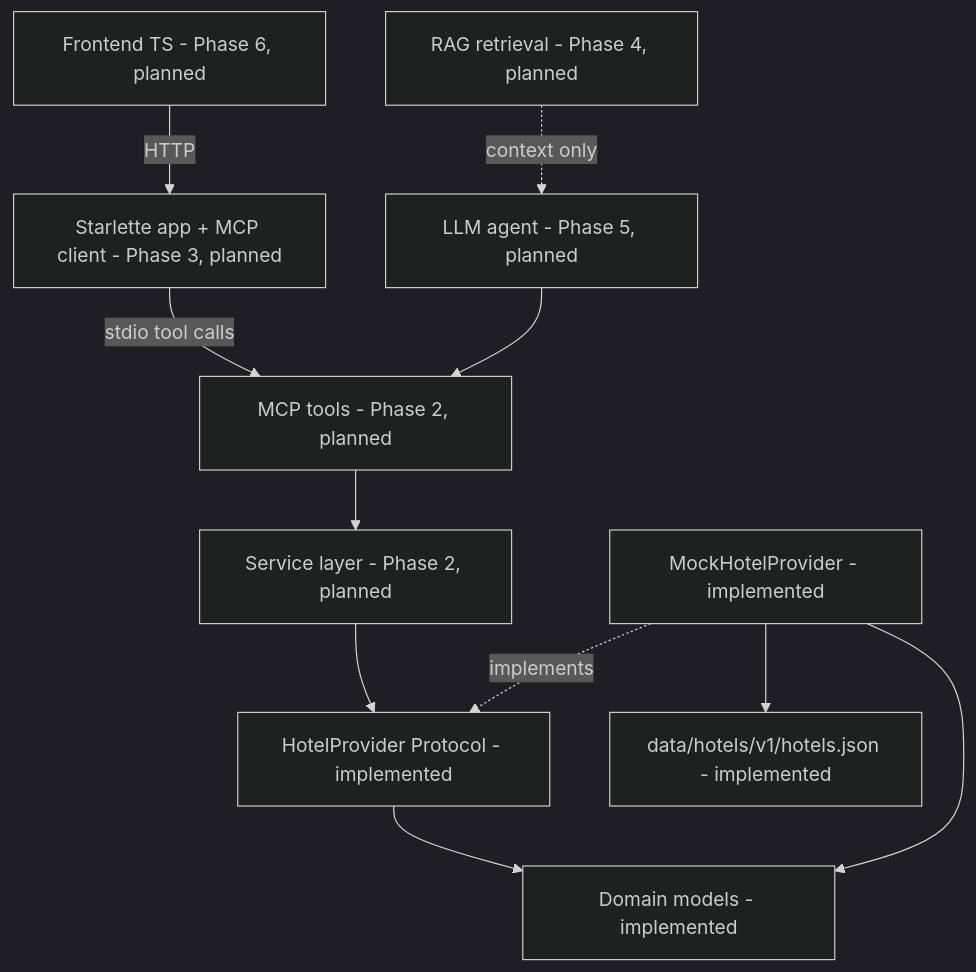
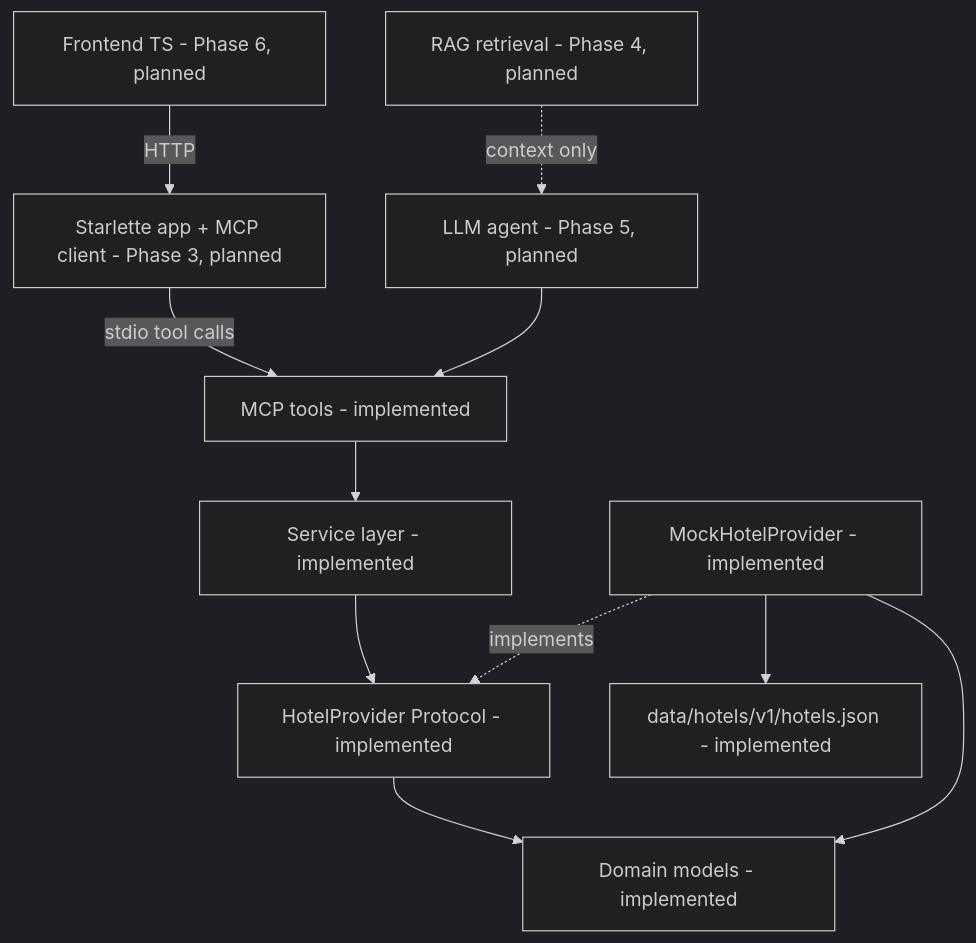
One commit to aklid01/staysmart-ai changed the diagram in docs/ARCHITECTURE.md. Above: the diagram before and after it, drawn with Mermaid (dark theme). The commit also changed other lines of this file and 3 other files, not shown here.

Commit message:
docs: document phase 2 MCP server and update architecture

````diff
--- a/docs/ARCHITECTURE.md
+++ b/docs/ARCHITECTURE.md
@@ -21,13 +21,13 @@
 ```mermaid
 flowchart TD
   FE["Frontend TS - Phase 6, planned"] -->|HTTP| APP["Starlette app + MCP client - Phase 3, planned"]
-  APP -->|"stdio tool calls"| TOOLS["MCP tools - Phase 2, planned"]
+  APP -->|"stdio tool calls"| TOOLS["MCP tools - implemented"]
   AGENT["LLM agent - Phase 5, planned"] --> TOOLS
   RAG["RAG retrieval - Phase 4, planned"] -.->|"context only"| AGENT
-  TOOLS --> SVC["Service layer - Phase 2, planned"]
+  TOOLS --> SVC["Service layer - implemented"]
   SVC --> PROTO["HotelProvider Protocol - implemented"]
   MOCK["MockHotelProvider - implemented"] -.->|implements| PROTO
   MOCK --> DATA["data/hotels/v1/hotels.json - implemented"]
   PROTO --> MODELS["Domain models - implemented"]
   MOCK --> MODELS
 ```
````
